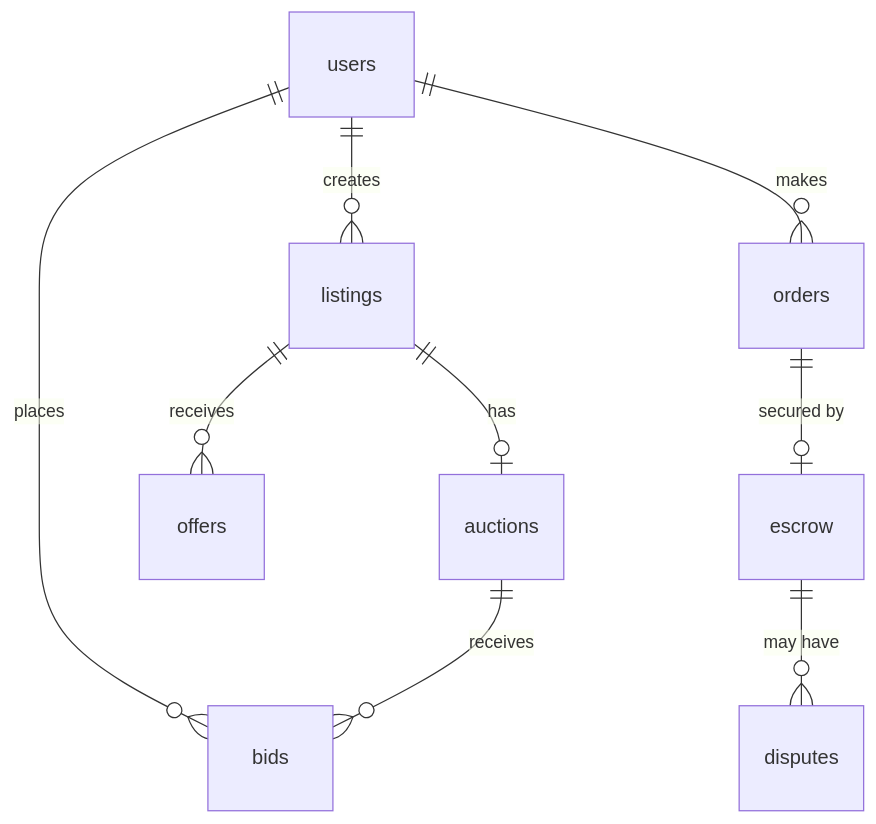
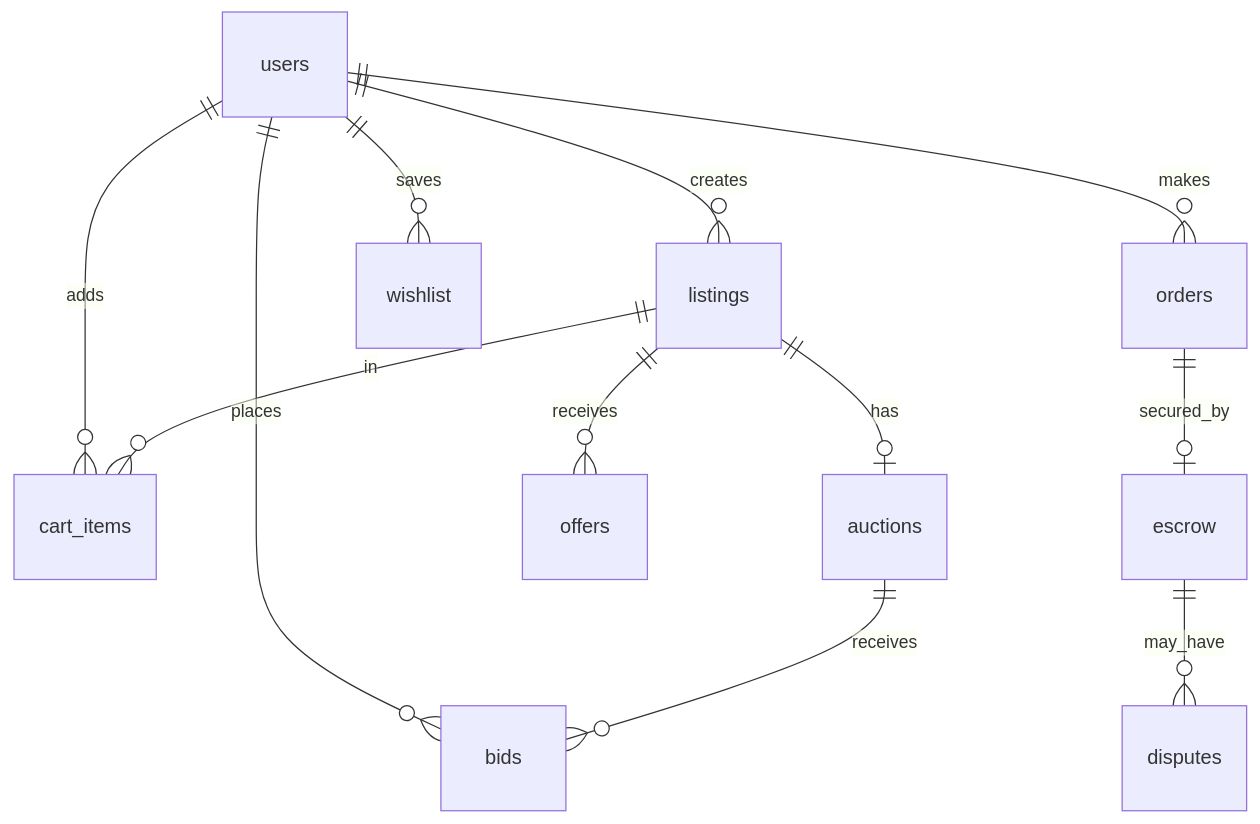
Before and after one commit to Sia3136/BidCraft: the fifth of 7 diagrams in README.md, drawn with Mermaid. The commit also changed other lines of this file and 4 other files, not shown here.

````diff
--- a/README.md
+++ b/README.md
@@ -89,11 +146,14 @@
 ```mermaid
 erDiagram
-    users ||--o{ listings : "creates"
-    users ||--o{ bids : "places"
-    users ||--o{ orders : "makes"
-    listings ||--o| auctions : "has"
-    listings ||--o{ offers : "receives"
-    auctions ||--o{ bids : "receives"
-    orders ||--o| escrow : "secured by"
-    escrow ||--o{ disputes : "may have"
+    users ||--o{ listings : creates
+    users ||--o{ bids : places
+    users ||--o{ orders : makes
+    users ||--o{ wishlist : saves
+    users ||--o{ cart_items : adds
+    listings ||--o| auctions : has
+    listings ||--o{ offers : receives
+    listings ||--o{ cart_items : in
+    auctions ||--o{ bids : receives
+    orders ||--o| escrow : secured_by
+    escrow ||--o{ disputes : may_have
 ```
````
